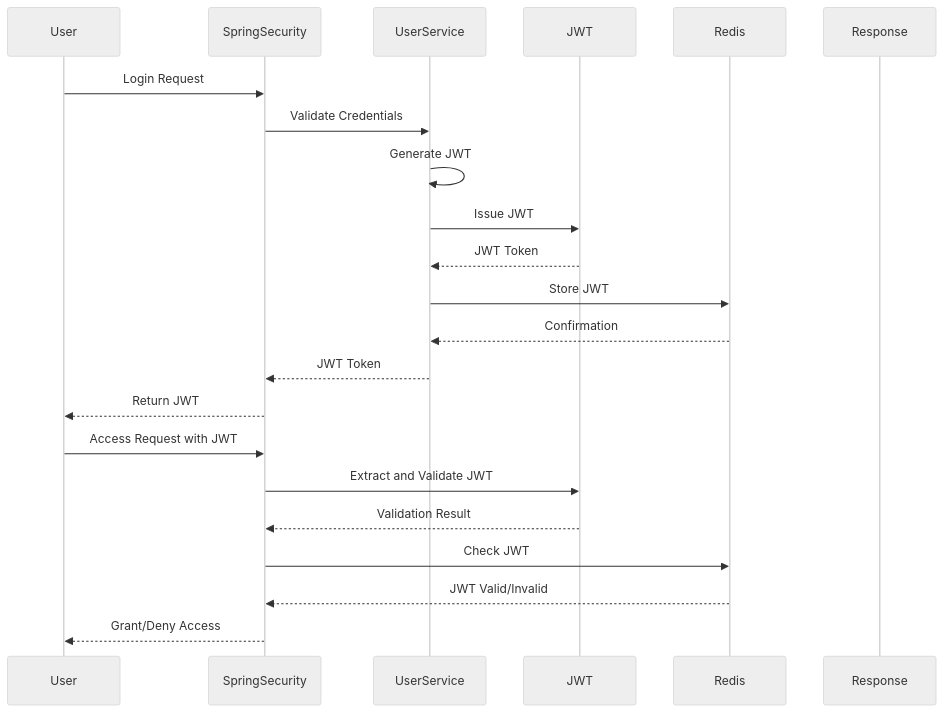
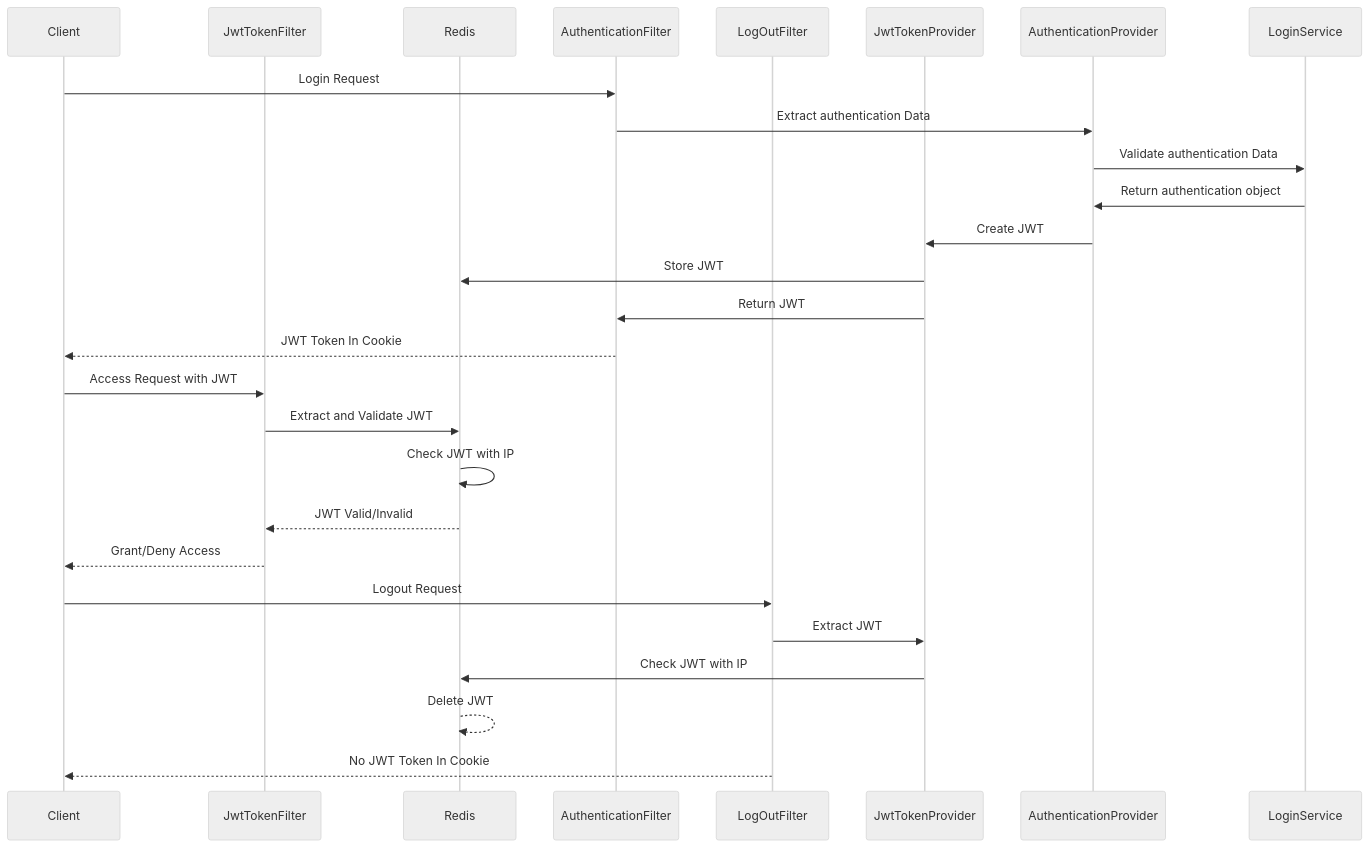
One commit to silberbullet/jwt-redis-ip-protection-backend changed the diagram in README.md. Above: the diagram before and after it, drawn with Mermaid (neutral theme). The commit also changed other lines of this file, not shown here.

Commit message:
프로젝트 개요 작성

````diff
--- a/README.md
+++ b/README.md
@@ -38,26 +37,33 @@
 ```mermaid
 sequenceDiagram
-    participant User
-    participant SpringSecurity
-    participant UserService
-    participant JWT
+    participant Client
+    participant JwtTokenFilter
     participant Redis
-    participant Response
+    participant AuthenticationFilter
+    participant JwtTokenFilter
+    participant LogOutFilter
+    participant JwtTokenProvider
+    participant AuthenticationProvider
+    participant LoginService
+   
+    Client->>AuthenticationFilter: Login Request
+    AuthenticationFilter->>AuthenticationProvider: Extract authentication Data
+    AuthenticationProvider->>LoginService: Validate authentication Data
+    LoginService->>AuthenticationProvider: Return authentication object
+    AuthenticationProvider->>JwtTokenProvider: Create JWT
+    JwtTokenProvider->>Redis: Store JWT
+    JwtTokenProvider->>AuthenticationFilter: Return JWT
+    AuthenticationFilter-->>Client: JWT Token In Cookie
+    
+    Client->>JwtTokenFilter: Access Request with JWT
+    JwtTokenFilter->>Redis: Extract and Validate JWT
+    Redis->>Redis: Check JWT with IP
+    Redis-->>JwtTokenFilter: JWT Valid/Invalid
+    JwtTokenFilter-->>Client: Grant/Deny Access
 
-    User->>SpringSecurity: Login Request
-    SpringSecurity->>UserService: Validate Credentials
-    UserService->>UserService: Generate JWT
-    UserService->>JWT: Issue JWT
-    JWT-->>UserService: JWT Token
-    UserService->>Redis: Store JWT
-    Redis-->>UserService: Confirmation
-    UserService-->>SpringSecurity: JWT Token
-    SpringSecurity-->>User: Return JWT
-
-    User->>SpringSecurity: Access Request with JWT
-    SpringSecurity->>JWT: Extract and Validate JWT
-    JWT-->>SpringSecurity: Validation Result
-    SpringSecurity->>Redis: Check JWT
-    Redis-->>SpringSecurity: JWT Valid/Invalid
-    SpringSecurity-->>User: Grant/Deny Access
+    Client->>LogOutFilter: Logout Request
+    LogOutFilter->>JwtTokenProvider: Extract JWT
+    JwtTokenProvider->>Redis: Check JWT with IP
+    Redis-->>Redis: Delete JWT 
+    LogOutFilter-->>Client: No JWT Token In Cookie
 ```
````
